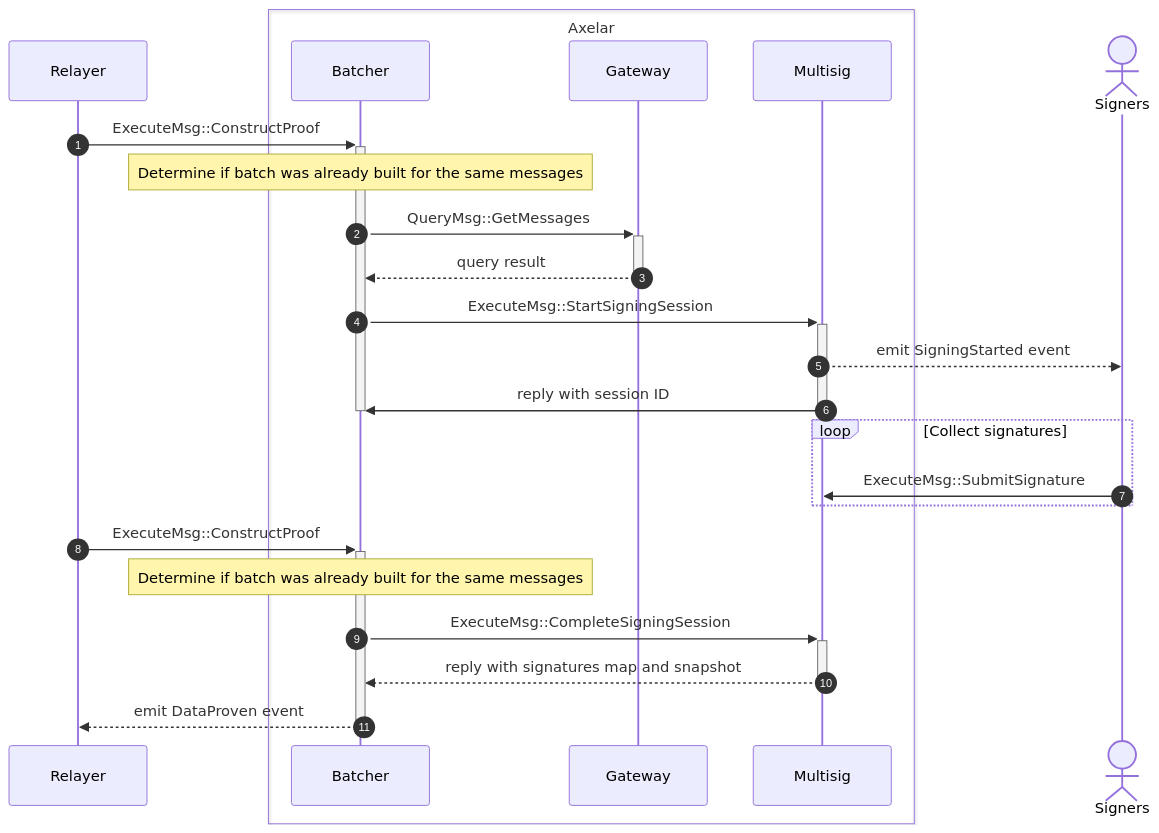
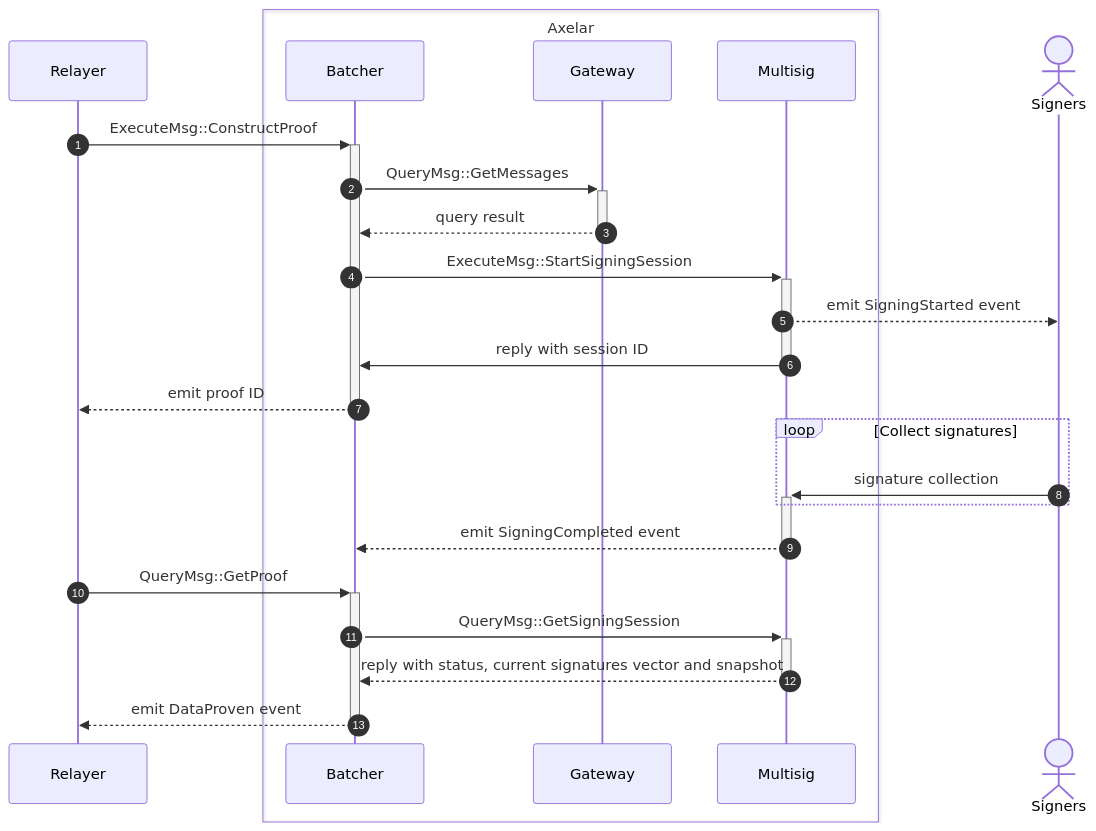
One commit to axelarnetwork/axelar-amplifier changed the second of 2 diagrams in contracts/command-batcher/README.md. Above: the diagram before and after it, drawn with Mermaid. The commit also changed other lines of this file, not shown here.

Commit message:
Updated description according to latest multisig spec changes

````diff
--- a/contracts/command-batcher/README.md
+++ b/contracts/command-batcher/README.md
@@ -29,28 +29,28 @@
 ```mermaid
 sequenceDiagram
 autonumber
 participant Relayer
 box Axelar
 participant Batcher
 participant Gateway
 participant Multisig
 end
 actor Signers
 
 Relayer->>+Batcher: ExecuteMsg::ConstructProof
-Note over Batcher: Determine if batch was already built for the same messages
 Batcher->>+Gateway: QueryMsg::GetMessages
 Gateway-->>-Batcher: query result
 Batcher->>+Multisig: ExecuteMsg::StartSigningSession
 Multisig-->>Signers: emit SigningStarted event
 Multisig->>-Batcher: reply with session ID
+Batcher-->>Relayer: emit proof ID
 deactivate Batcher
 loop Collect signatures
-	Signers->>Multisig: ExecuteMsg::SubmitSignature
+	Signers->>+Multisig: signature collection
 end
-Relayer->>+Batcher: ExecuteMsg::ConstructProof
-Note over Batcher: Determine if batch was already built for the same messages
-Batcher->>+Multisig: ExecuteMsg::CompleteSigningSession
-Multisig-->>-Batcher: reply with signatures map and snapshot
+Multisig-->>-Batcher: emit SigningCompleted event
+Relayer->>+Batcher: QueryMsg::GetProof
+Batcher->>+Multisig: QueryMsg::GetSigningSession
+Multisig-->>-Batcher: reply with status, current signatures vector and snapshot
 Batcher-->>-Relayer: emit DataProven event
 ```
````
